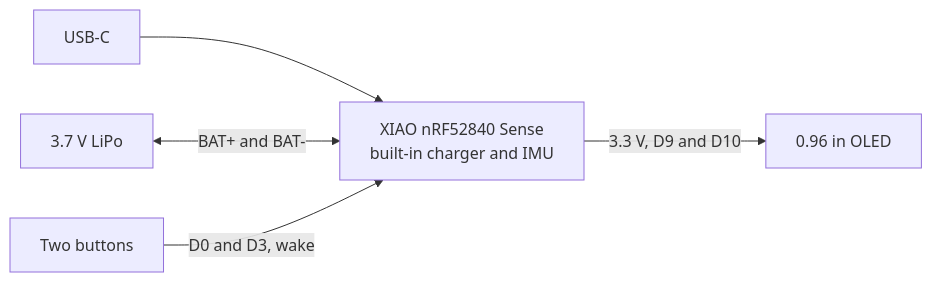
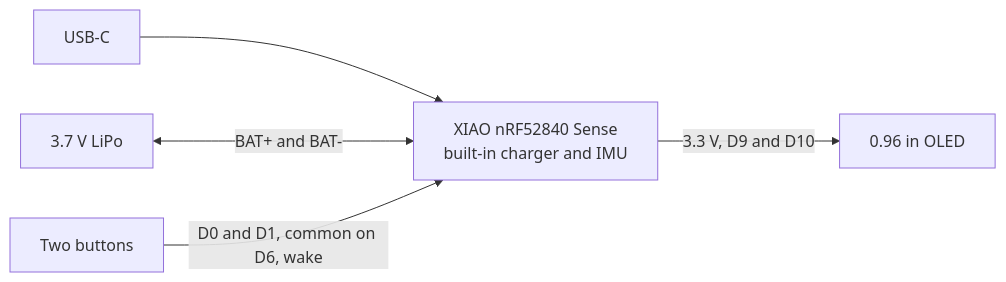
The first of 5 diagrams in README.md (hronkrobotics/solareyes), drawn with Mermaid before and after one commit. The commit also changed other lines of this file and 5 other files, not shown here.

Commit message:
Eyes look away from a tilt, get dizzy after about a second of shaking, and sleep after five seconds. The buttons sit on D0 and D1 with their common on D6, which the sketch holds low.

````diff
--- a/README.md
+++ b/README.md
@@ -29,7 +29,7 @@
 ```mermaid
 flowchart LR
     USB["USB-C"] --> MCU["XIAO nRF52840 Sense<br/>built-in charger and IMU"]
     CELL["3.7 V LiPo"] <-->|"BAT+ and BAT-"| MCU
     MCU -->|"3.3 V, D9 and D10"| OLED["0.96 in OLED"]
-    BTN["Two buttons"] -->|"D0 and D3, wake"| MCU
+    BTN["Two buttons"] -->|"D0 and D1, common on D6, wake"| MCU
 ```
````
